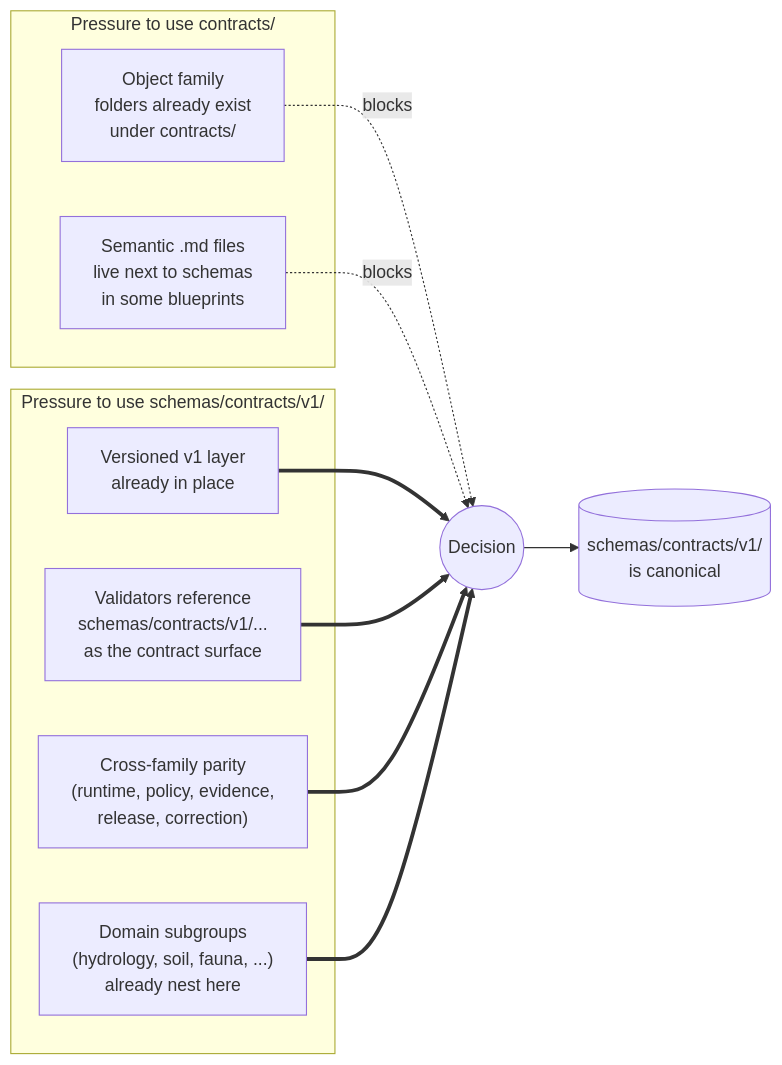
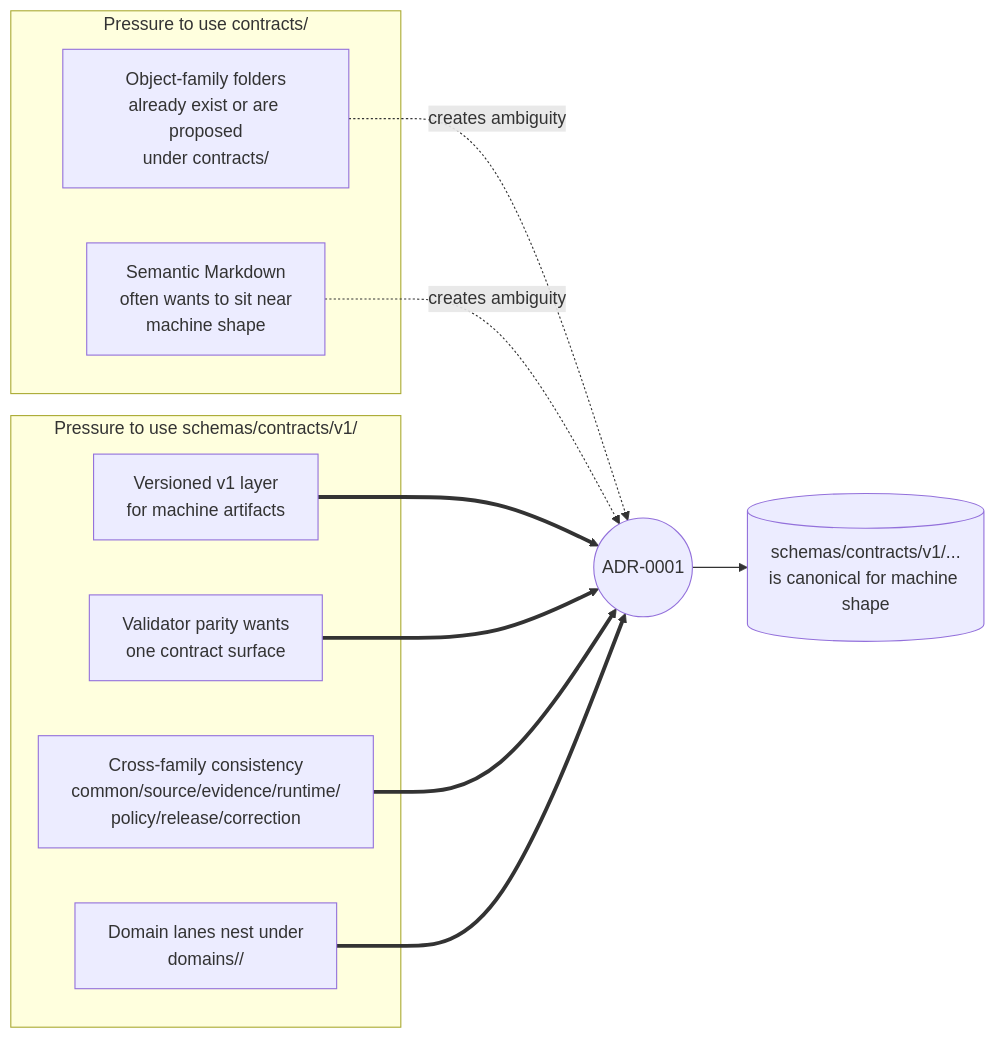
The first of 3 diagrams in docs/adr/ADR-0001-schema-home--schemas-contracts-v1-is-canonical.md (bartytime4life/Kansas-Frontier-Matrix), drawn with Mermaid before and after one commit. The commit also changed other lines of this file, not shown here.

````diff
--- a/docs/adr/ADR-0001-schema-home--schemas-contracts-v1-is-canonical.md
+++ b/docs/adr/ADR-0001-schema-home--schemas-contracts-v1-is-canonical.md
@@ -110,20 +132,22 @@
 ```mermaid
 flowchart LR
     subgraph "Pressure to use contracts/"
-      A["Object family<br/>folders already exist<br/>under contracts/"]
-      B["Semantic .md files<br/>live next to schemas<br/>in some blueprints"]
+      A["Object-family folders<br/>already exist or are proposed<br/>under contracts/"]
+      B["Semantic Markdown<br/>often wants to sit near<br/>machine shape"]
     end
+
     subgraph "Pressure to use schemas/contracts/v1/"
-      C["Versioned v1 layer<br/>already in place"]
-      D["Validators reference<br/>schemas/contracts/v1/...<br/>as the contract surface"]
-      E["Cross-family parity<br/>(runtime, policy, evidence,<br/>release, correction)"]
-      F["Domain subgroups<br/>(hydrology, soil, fauna, ...)<br/>already nest here"]
+      C["Versioned v1 layer<br/>for machine artifacts"]
+      D["Validator parity wants<br/>one contract surface"]
+      E["Cross-family consistency<br/>common/source/evidence/runtime/<br/>policy/release/correction"]
+      F["Domain lanes nest under<br/>domains/<domain>/"]
     end
-    A -. blocks .-> X((Decision))
-    B -. blocks .-> X
+
+    A -. creates ambiguity .-> X((ADR-0001))
+    B -. creates ambiguity .-> X
     C ==> X
     D ==> X
     E ==> X
     F ==> X
-    X --> R[("schemas/contracts/v1/<br/>is canonical")]
+    X --> R[("schemas/contracts/v1/...<br/>is canonical for machine shape")]
 ```
````
